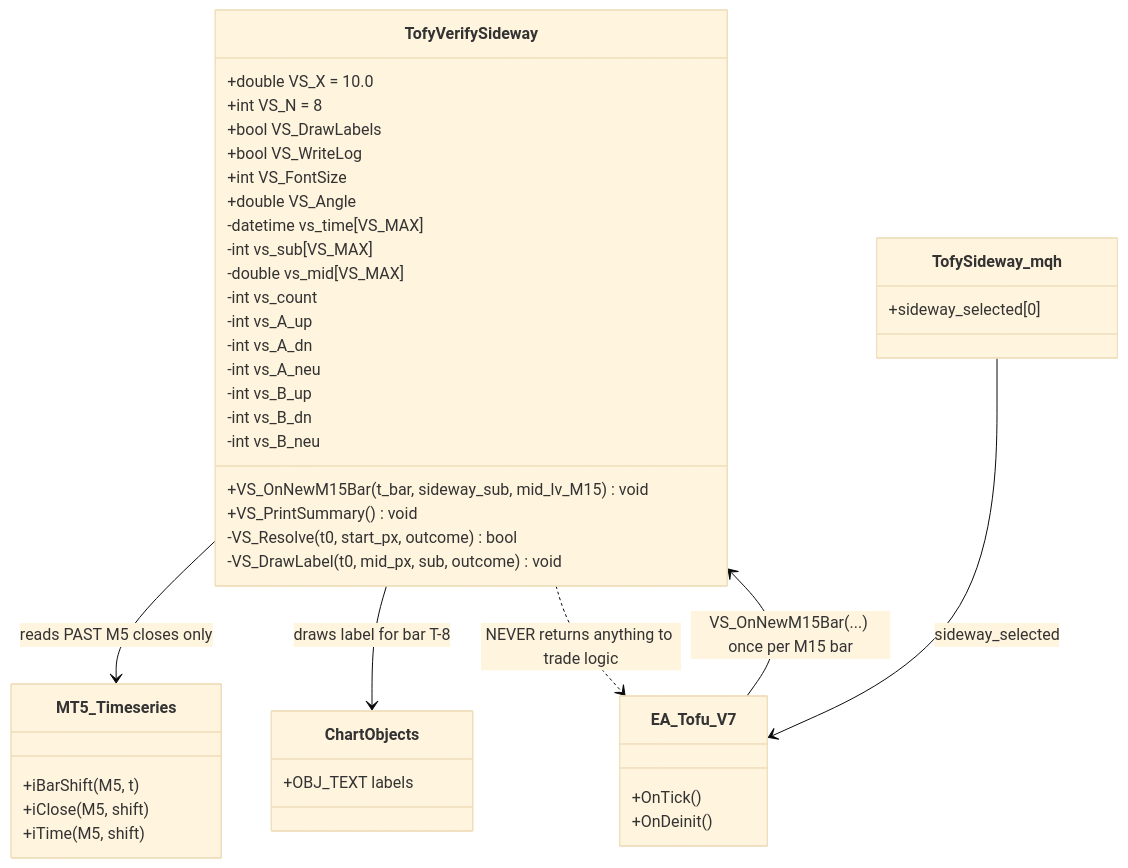
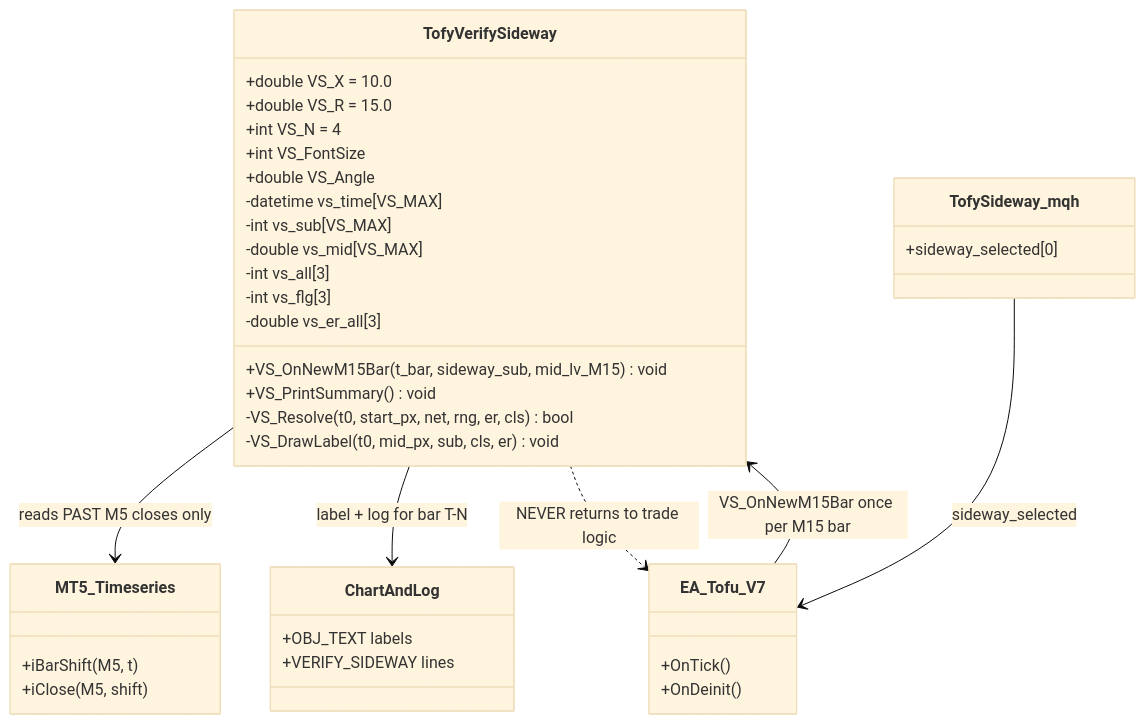
One commit to Terrypang89/BB_MTF_M15_STRATEGY changed the first of 3 diagrams in references/TofyVerifySideway.md. Above: the diagram before and after it, drawn with Mermaid (base theme). The commit also changed other lines of this file, not shown here.

Commit message:
Update TofyVerifySideway.md to v2: three-way classification design (net displacement, range, ER)

````diff
--- a/references/TofyVerifySideway.md
+++ b/references/TofyVerifySideway.md
@@ -163,50 +261,42 @@
 ```mermaid
 classDiagram
     class TofyVerifySideway {
         +double VS_X = 10.0
-        +int VS_N = 8
-        +bool VS_DrawLabels
-        +bool VS_WriteLog
+        +double VS_R = 15.0
+        +int VS_N = 4
         +int VS_FontSize
         +double VS_Angle
         -datetime vs_time[VS_MAX]
         -int vs_sub[VS_MAX]
         -double vs_mid[VS_MAX]
-        -int vs_count
-        -int vs_A_up
-        -int vs_A_dn
-        -int vs_A_neu
-        -int vs_B_up
-        -int vs_B_dn
-        -int vs_B_neu
+        -int vs_all[3]
+        -int vs_flg[3]
+        -double vs_er_all[3]
         +VS_OnNewM15Bar(t_bar, sideway_sub, mid_lv_M15) void
         +VS_PrintSummary() void
-        -VS_Resolve(t0, start_px, outcome) bool
-        -VS_DrawLabel(t0, mid_px, sub, outcome) void
+        -VS_Resolve(t0, start_px, net, rng, er, cls) bool
+        -VS_DrawLabel(t0, mid_px, sub, cls, er) void
     }
 
     class EA_Tofu_V7 {
         +OnTick()
         +OnDeinit()
     }
-
     class TofySideway_mqh {
         +sideway_selected[0]
     }
-
     class MT5_Timeseries {
         +iBarShift(M5, t)
         +iClose(M5, shift)
-        +iTime(M5, shift)
+    }
+    class ChartAndLog {
+        +OBJ_TEXT labels
+        +VERIFY_SIDEWAY lines
     }
 
-    class ChartObjects {
-        +OBJ_TEXT labels
-    }
-
-    EA_Tofu_V7 --> TofyVerifySideway : VS_OnNewM15Bar(...) once per M15 bar
     TofySideway_mqh --> EA_Tofu_V7 : sideway_selected
+    EA_Tofu_V7 --> TofyVerifySideway : VS_OnNewM15Bar once per M15 bar
     TofyVerifySideway --> MT5_Timeseries : reads PAST M5 closes only
-    TofyVerifySideway --> ChartObjects : draws label for bar T-8
-    TofyVerifySideway ..> EA_Tofu_V7 : NEVER returns anything to trade logic
+    TofyVerifySideway --> ChartAndLog : label + log for bar T-N
+    TofyVerifySideway ..> EA_Tofu_V7 : NEVER returns to trade logic
 ```
````
